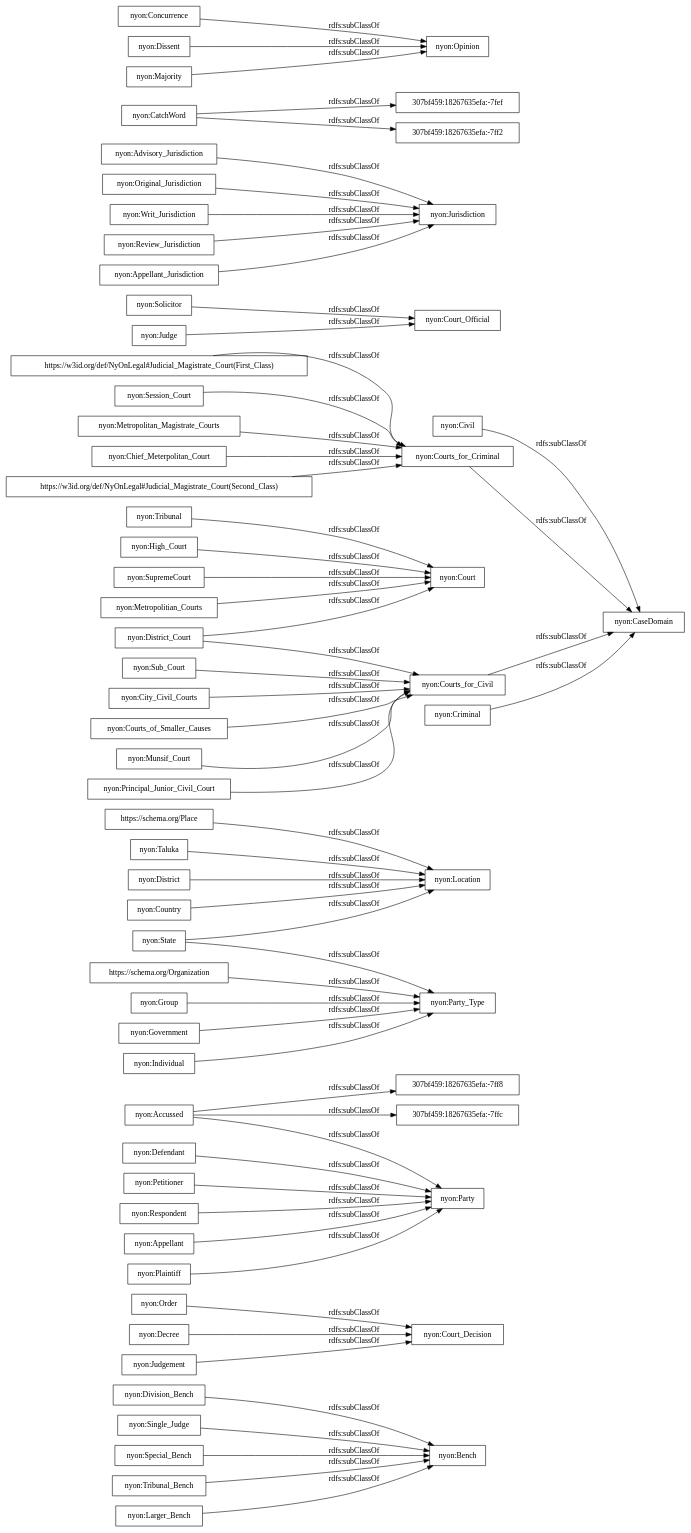
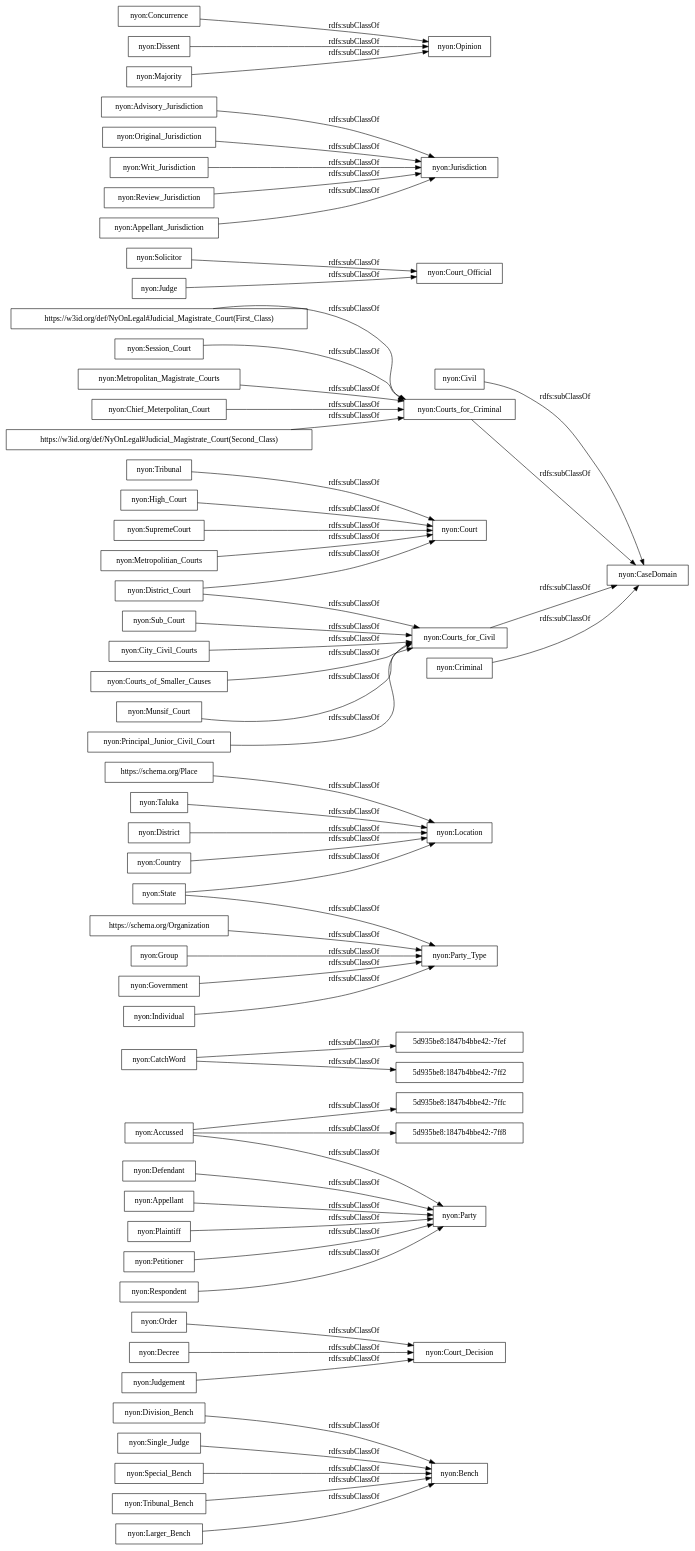
The diagram in OnToology/NyOn.owl/diagrams/ar2dtool-taxonomy/NyOn.owl.png.dot (ahmad88me/NyOn), drawn with Graphviz before and after one commit. The commit also changed 16 other files, not shown here.

```diff
--- a/OnToology/NyOn.owl/diagrams/ar2dtool-taxonomy/NyOn.owl.png.dot
+++ b/OnToology/NyOn.owl/diagrams/ar2dtool-taxonomy/NyOn.owl.png.dot
@@ -1,64 +1,64 @@
 digraph ar2dtool_diagram { 
 rankdir=LR;
 size="1000"
-node [shape = rectangle, color="black"]; "nyon:Division_Bench" "nyon:Order" "nyon:Decree" "nyon:Bench" "nyon:Party" "nyon:Court_Decision" "nyon:Defendant" "https://schema.org/Place" "nyon:Accussed" "nyon:Civil" "nyon:Taluka" "nyon:Principal_Junior_Civil_Court" "nyon:Solicitor" "nyon:Advisory_Jurisdiction" "nyon:Single_Judge" "nyon:Session_Court" "nyon:Metropolitan_Magistrate_Courts" "nyon:District_Court" "nyon:Chief_Meterpolitan_Court" "nyon:Original_Jurisdiction" "nyon:Court_Official" "307bf459:18267635efa:-7fef" "nyon:Court" "nyon:High_Court" "https://w3id.org/def/NyOnLegal#Judicial_Magistrate_Court(Second_Class)" "nyon:State" "nyon:Concurrence" "nyon:Courts_for_Criminal" "nyon:Courts_for_Civil" "nyon:Writ_Jurisdiction" "nyon:Location" "nyon:District" "nyon:Review_Jurisdiction" "307bf459:18267635efa:-7ff2" "nyon:City_Civil_Courts" "nyon:SupremeCourt" "nyon:Appellant_Jurisdiction" "307bf459:18267635efa:-7ffc" "nyon:Special_Bench" "nyon:Individual" "nyon:Opinion" "nyon:Judge" "nyon:Courts_of_Smaller_Causes" "nyon:Judgement" "nyon:Tribunal_Bench" "nyon:Jurisdiction" "https://schema.org/Organization" "nyon:Metropolitian_Courts" "nyon:Criminal" "nyon:Group" "nyon:Appellant" "307bf459:18267635efa:-7ff8" "nyon:Munsif_Court" "nyon:CatchWord" "nyon:Dissent" "nyon:Party_Type" "nyon:Plaintiff" "nyon:Country" "nyon:Tribunal" "nyon:Majority" "nyon:Petitioner" "nyon:CaseDomain" "nyon:Sub_Court" "nyon:Larger_Bench" "https://w3id.org/def/NyOnLegal#Judicial_Magistrate_Court(First_Class)" "nyon:Respondent" "nyon:Government" ; /*classes style*/
+node [shape = rectangle, color="black"]; "nyon:Division_Bench" "nyon:Order" "5d935be8:1847b4bbe42:-7ffc" "nyon:Decree" "nyon:Bench" "nyon:Party" "nyon:Court_Decision" "nyon:Defendant" "5d935be8:1847b4bbe42:-7fef" "https://schema.org/Place" "nyon:Accussed" "nyon:Civil" "nyon:Taluka" "nyon:Principal_Junior_Civil_Court" "nyon:Solicitor" "nyon:Advisory_Jurisdiction" "nyon:Single_Judge" "nyon:Session_Court" "nyon:Metropolitan_Magistrate_Courts" "nyon:District_Court" "nyon:Chief_Meterpolitan_Court" "nyon:Original_Jurisdiction" "nyon:Court_Official" "nyon:Court" "nyon:High_Court" "https://w3id.org/def/NyOnLegal#Judicial_Magistrate_Court(Second_Class)" "nyon:State" "nyon:Concurrence" "nyon:Courts_for_Criminal" "nyon:Courts_for_Civil" "nyon:Writ_Jurisdiction" "nyon:Location" "nyon:District" "5d935be8:1847b4bbe42:-7ff8" "nyon:Review_Jurisdiction" "nyon:City_Civil_Courts" "nyon:Appellant_Jurisdiction" "nyon:SupremeCourt" "nyon:Special_Bench" "nyon:Individual" "nyon:Opinion" "nyon:Judge" "nyon:Courts_of_Smaller_Causes" "nyon:Judgement" "5d935be8:1847b4bbe42:-7ff2" "nyon:Tribunal_Bench" "nyon:Jurisdiction" "https://schema.org/Organization" "nyon:Metropolitian_Courts" "nyon:Criminal" "nyon:Group" "nyon:Appellant" "nyon:Munsif_Court" "nyon:CatchWord" "nyon:Dissent" "nyon:Party_Type" "nyon:Plaintiff" "nyon:Country" "nyon:Tribunal" "nyon:Majority" "nyon:Petitioner" "nyon:CaseDomain" "nyon:Sub_Court" "nyon:Larger_Bench" "https://w3id.org/def/NyOnLegal#Judicial_Magistrate_Court(First_Class)" "nyon:Respondent" "nyon:Government" ; /*classes style*/
 	"nyon:Writ_Jurisdiction" -> "nyon:Jurisdiction" [ label = "rdfs:subClassOf" ];
 	"nyon:Special_Bench" -> "nyon:Bench" [ label = "rdfs:subClassOf" ];
 	"https://schema.org/Place" -> "nyon:Location" [ label = "rdfs:subClassOf" ];
 	"nyon:Judge" -> "nyon:Court_Official" [ label = "rdfs:subClassOf" ];
 	"nyon:Petitioner" -> "nyon:Party" [ label = "rdfs:subClassOf" ];
 	"nyon:Original_Jurisdiction" -> "nyon:Jurisdiction" [ label = "rdfs:subClassOf" ];
 	"nyon:Appellant" -> "nyon:Party" [ label = "rdfs:subClassOf" ];
 	"nyon:Order" -> "nyon:Court_Decision" [ label = "rdfs:subClassOf" ];
 	"nyon:Review_Jurisdiction" -> "nyon:Jurisdiction" [ label = "rdfs:subClassOf" ];
 	"https://schema.org/Organization" -> "nyon:Party_Type" [ label = "rdfs:subClassOf" ];
 	"nyon:District_Court" -> "nyon:Courts_for_Civil" [ label = "rdfs:subClassOf" ];
 	"nyon:District_Court" -> "nyon:Court" [ label = "rdfs:subClassOf" ];
 	"nyon:Metropolitian_Courts" -> "nyon:Court" [ label = "rdfs:subClassOf" ];
 	"nyon:Munsif_Court" -> "nyon:Courts_for_Civil" [ label = "rdfs:subClassOf" ];
 	"nyon:Respondent" -> "nyon:Party" [ label = "rdfs:subClassOf" ];
 	"nyon:Chief_Meterpolitan_Court" -> "nyon:Courts_for_Criminal" [ label = "rdfs:subClassOf" ];
 	"nyon:Session_Court" -> "nyon:Courts_for_Criminal" [ label = "rdfs:subClassOf" ];
 	"nyon:Majority" -> "nyon:Opinion" [ label = "rdfs:subClassOf" ];
 	"nyon:SupremeCourt" -> "nyon:Court" [ label = "rdfs:subClassOf" ];
 	"nyon:Larger_Bench" -> "nyon:Bench" [ label = "rdfs:subClassOf" ];
 	"nyon:Single_Judge" -> "nyon:Bench" [ label = "rdfs:subClassOf" ];
 	"nyon:Dissent" -> "nyon:Opinion" [ label = "rdfs:subClassOf" ];
 	"nyon:Government" -> "nyon:Party_Type" [ label = "rdfs:subClassOf" ];
 	"nyon:City_Civil_Courts" -> "nyon:Courts_for_Civil" [ label = "rdfs:subClassOf" ];
 	"nyon:District" -> "nyon:Location" [ label = "rdfs:subClassOf" ];
 	"nyon:Decree" -> "nyon:Court_Decision" [ label = "rdfs:subClassOf" ];
 	"nyon:High_Court" -> "nyon:Court" [ label = "rdfs:subClassOf" ];
 	"nyon:Courts_for_Civil" -> "nyon:CaseDomain" [ label = "rdfs:subClassOf" ];
 	"nyon:Sub_Court" -> "nyon:Courts_for_Civil" [ label = "rdfs:subClassOf" ];
 	"nyon:Civil" -> "nyon:CaseDomain" [ label = "rdfs:subClassOf" ];
 	"nyon:Plaintiff" -> "nyon:Party" [ label = "rdfs:subClassOf" ];
 	"nyon:State" -> "nyon:Party_Type" [ label = "rdfs:subClassOf" ];
 	"nyon:State" -> "nyon:Location" [ label = "rdfs:subClassOf" ];
 	"nyon:Criminal" -> "nyon:CaseDomain" [ label = "rdfs:subClassOf" ];
 	"nyon:Principal_Junior_Civil_Court" -> "nyon:Courts_for_Civil" [ label = "rdfs:subClassOf" ];
 	"nyon:Tribunal" -> "nyon:Court" [ label = "rdfs:subClassOf" ];
 	"https://w3id.org/def/NyOnLegal#Judicial_Magistrate_Court(Second_Class)" -> "nyon:Courts_for_Criminal" [ label = "rdfs:subClassOf" ];
 	"nyon:Courts_for_Criminal" -> "nyon:CaseDomain" [ label = "rdfs:subClassOf" ];
 	"nyon:Concurrence" -> "nyon:Opinion" [ label = "rdfs:subClassOf" ];
-	"nyon:CatchWord" -> "307bf459:18267635efa:-7fef" [ label = "rdfs:subClassOf" ];
-	"nyon:CatchWord" -> "307bf459:18267635efa:-7ff2" [ label = "rdfs:subClassOf" ];
+	"nyon:CatchWord" -> "5d935be8:1847b4bbe42:-7fef" [ label = "rdfs:subClassOf" ];
+	"nyon:CatchWord" -> "5d935be8:1847b4bbe42:-7ff2" [ label = "rdfs:subClassOf" ];
 	"nyon:Solicitor" -> "nyon:Court_Official" [ label = "rdfs:subClassOf" ];
 	"nyon:Courts_of_Smaller_Causes" -> "nyon:Courts_for_Civil" [ label = "rdfs:subClassOf" ];
 	"nyon:Defendant" -> "nyon:Party" [ label = "rdfs:subClassOf" ];
-	"nyon:Accussed" -> "307bf459:18267635efa:-7ff8" [ label = "rdfs:subClassOf" ];
-	"nyon:Accussed" -> "307bf459:18267635efa:-7ffc" [ label = "rdfs:subClassOf" ];
+	"nyon:Accussed" -> "5d935be8:1847b4bbe42:-7ff8" [ label = "rdfs:subClassOf" ];
+	"nyon:Accussed" -> "5d935be8:1847b4bbe42:-7ffc" [ label = "rdfs:subClassOf" ];
 	"nyon:Accussed" -> "nyon:Party" [ label = "rdfs:subClassOf" ];
 	"nyon:Group" -> "nyon:Party_Type" [ label = "rdfs:subClassOf" ];
 	"nyon:Country" -> "nyon:Location" [ label = "rdfs:subClassOf" ];
 	"nyon:Tribunal_Bench" -> "nyon:Bench" [ label = "rdfs:subClassOf" ];
 	"nyon:Taluka" -> "nyon:Location" [ label = "rdfs:subClassOf" ];
 	"nyon:Judgement" -> "nyon:Court_Decision" [ label = "rdfs:subClassOf" ];
 	"nyon:Division_Bench" -> "nyon:Bench" [ label = "rdfs:subClassOf" ];
 	"nyon:Advisory_Jurisdiction" -> "nyon:Jurisdiction" [ label = "rdfs:subClassOf" ];
 	"nyon:Metropolitan_Magistrate_Courts" -> "nyon:Courts_for_Criminal" [ label = "rdfs:subClassOf" ];
 	"nyon:Appellant_Jurisdiction" -> "nyon:Jurisdiction" [ label = "rdfs:subClassOf" ];
 	"nyon:Individual" -> "nyon:Party_Type" [ label = "rdfs:subClassOf" ];
 	"https://w3id.org/def/NyOnLegal#Judicial_Magistrate_Court(First_Class)" -> "nyon:Courts_for_Criminal" [ label = "rdfs:subClassOf" ];
 
 }
```
